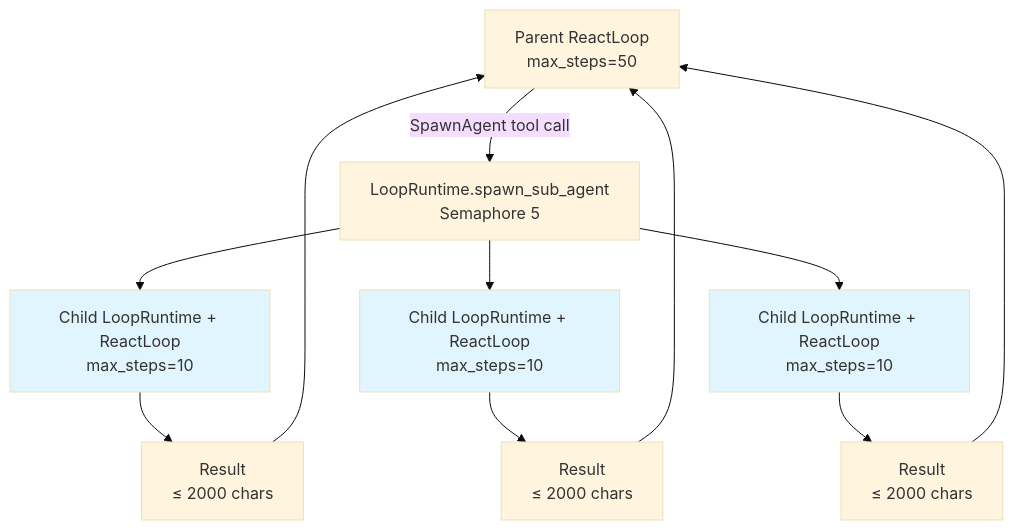
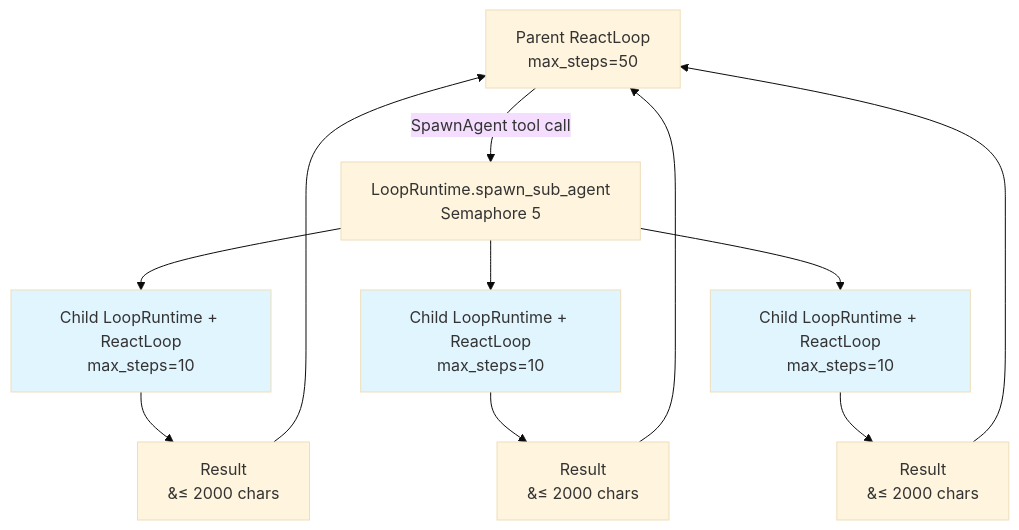
Diagram 11 of 24 in docs/agent-loop-architecture.md (suman724/cowork-agent-runtime), drawn with Mermaid (base theme) before and after one commit. The commit also changed other lines of this file and 112 other files, not shown here.

````diff
--- a/docs/agent-loop-architecture.md
+++ b/docs/agent-loop-architecture.md
@@ -766,20 +773,20 @@
 ```mermaid
 flowchart TB
     Parent[Parent ReactLoop<br/>max_steps=50] -->|SpawnAgent tool call| LR[LoopRuntime.spawn_sub_agent<br/>Semaphore 5]
 
     LR --> Sub1[Child LoopRuntime + ReactLoop<br/>max_steps=10]
     LR --> Sub2[Child LoopRuntime + ReactLoop<br/>max_steps=10]
     LR --> SubN[Child LoopRuntime + ReactLoop<br/>max_steps=10]
 
-    Sub1 --> Result1[Result<br/>≤ 2000 chars]
-    Sub2 --> Result2[Result<br/>≤ 2000 chars]
-    SubN --> ResultN[Result<br/>≤ 2000 chars]
+    Sub1 --> Result1["Result<br/>&#8804; 2000 chars"]
+    Sub2 --> Result2["Result<br/>&#8804; 2000 chars"]
+    SubN --> ResultN["Result<br/>&#8804; 2000 chars"]
 
     Result1 --> Parent
     Result2 --> Parent
     ResultN --> Parent
 
     style Sub1 fill:#e1f5fe
     style Sub2 fill:#e1f5fe
     style SubN fill:#e1f5fe
 ```
````
